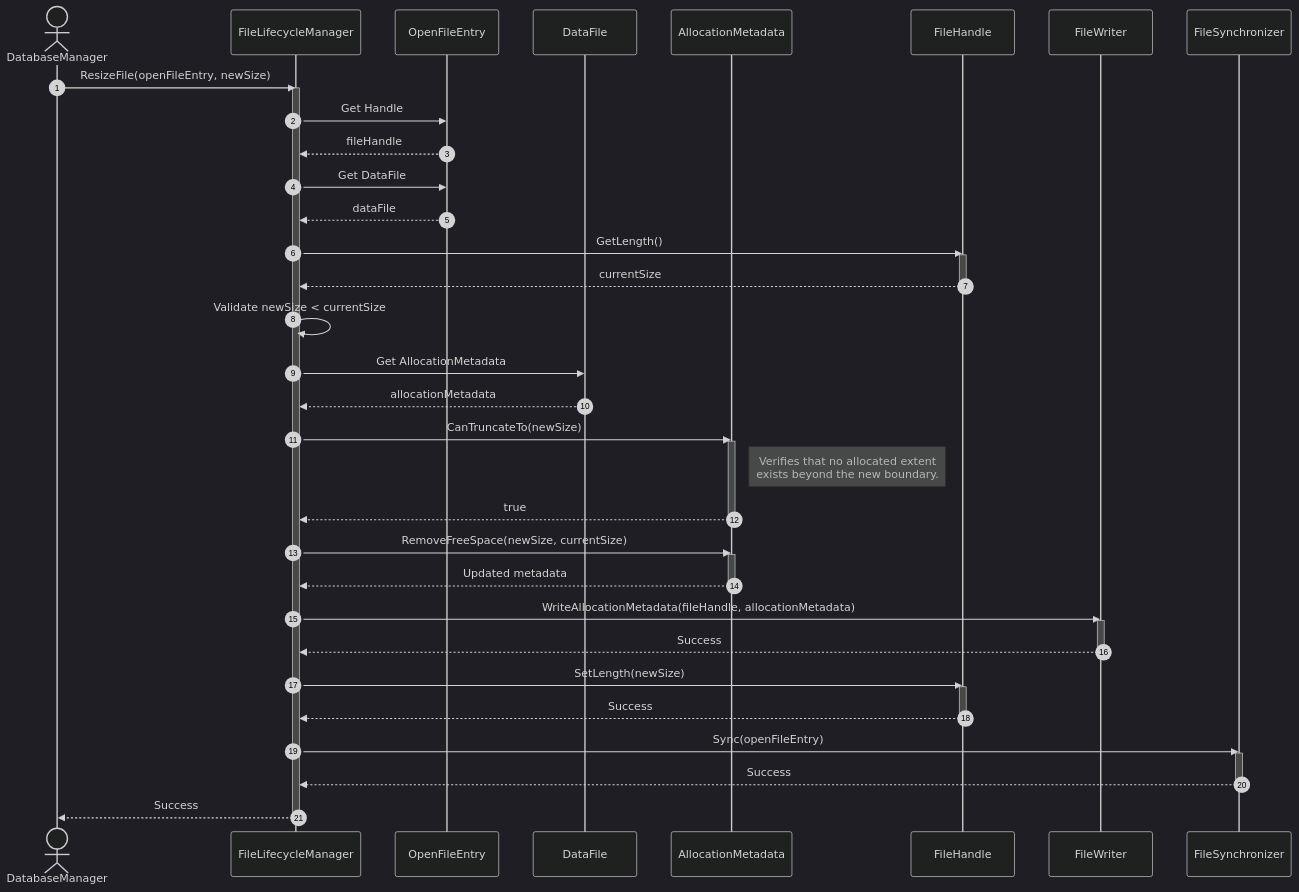
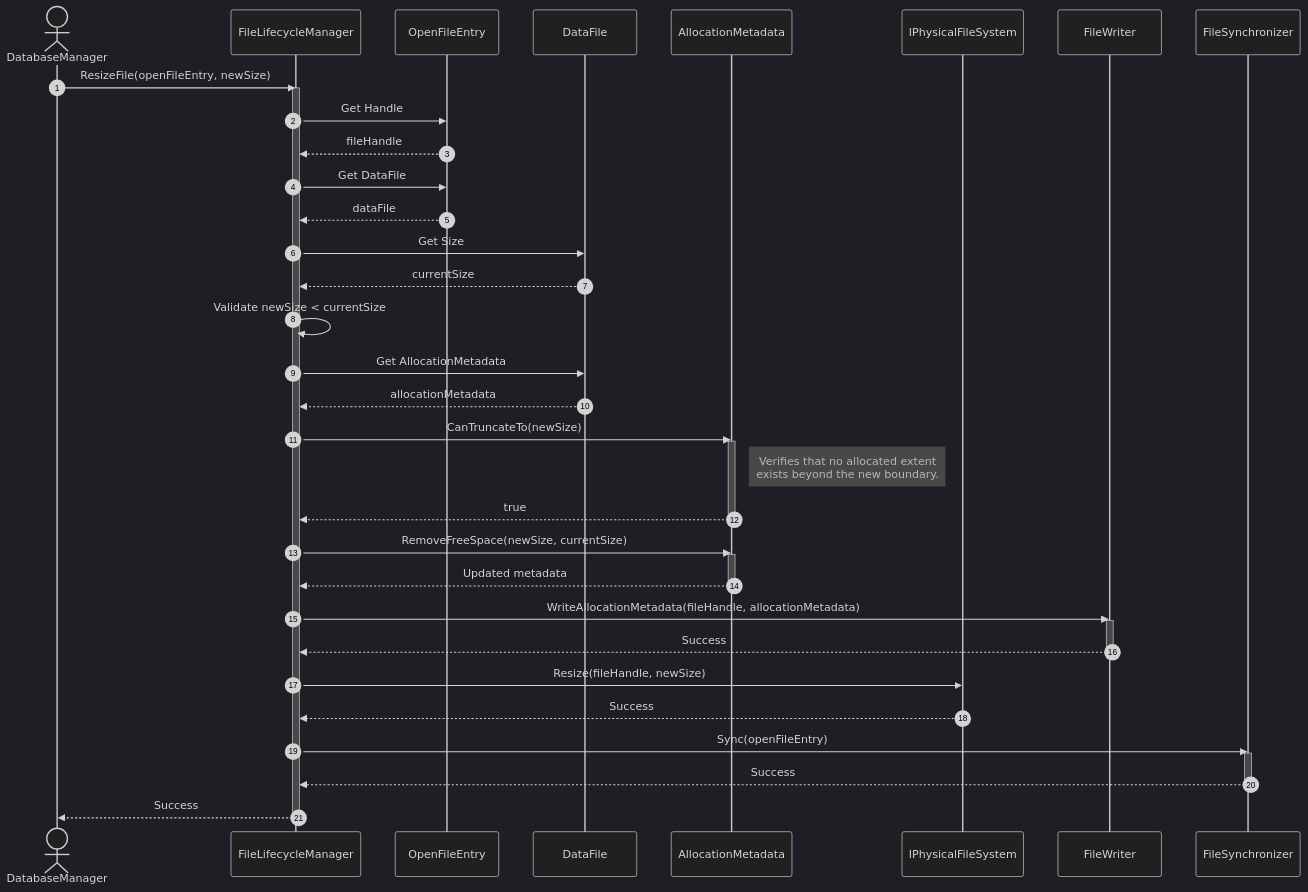
One commit to manaxpow/DBMS changed the second of 5 diagrams in docs/diagrams/sequence-diagrams/storage-engine/file-management/file-lifecycle/resize-file.md. Above: the diagram before and after it, drawn with Mermaid (dark theme). The commit also changed other lines of this file and 54 other files, not shown here.

````diff
--- a/docs/diagrams/sequence-diagrams/storage-engine/file-management/file-lifecycle/resize-file.md
+++ b/docs/diagrams/sequence-diagrams/storage-engine/file-management/file-lifecycle/resize-file.md
@@ -80,61 +76,57 @@
 ```mermaid
 sequenceDiagram
     autonumber
 
     actor DB as DatabaseManager
     participant FLM as FileLifecycleManager
     participant OE as OpenFileEntry
     participant DF as DataFile
     participant AM as AllocationMetadata
-    participant FH as FileHandle
+    participant PFS as IPhysicalFileSystem
     participant FW as FileWriter
     participant FS as FileSynchronizer
 
     DB->>FLM: ResizeFile(openFileEntry, newSize)
     activate FLM
 
     FLM->>OE: Get Handle
     OE-->>FLM: fileHandle
 
     FLM->>OE: Get DataFile
     OE-->>FLM: dataFile
 
-    FLM->>FH: GetLength()
-    activate FH
-    FH-->>FLM: currentSize
-    deactivate FH
+    FLM->>DF: Get Size
+    DF-->>FLM: currentSize
 
     FLM->>FLM: Validate newSize < currentSize
 
     FLM->>DF: Get AllocationMetadata
     DF-->>FLM: allocationMetadata
 
     FLM->>AM: CanTruncateTo(newSize)
     activate AM
     note right of AM: Verifies that no allocated extent<br/>exists beyond the new boundary.
     AM-->>FLM: true
     deactivate AM
 
     FLM->>AM: RemoveFreeSpace(newSize, currentSize)
     activate AM
     AM-->>FLM: Updated metadata
     deactivate AM
 
     FLM->>FW: WriteAllocationMetadata(fileHandle, allocationMetadata)
     activate FW
     FW-->>FLM: Success
     deactivate FW
 
-    FLM->>FH: SetLength(newSize)
-    activate FH
-    FH-->>FLM: Success
-    deactivate FH
+    FLM->>PFS: Resize(fileHandle, newSize)
+    PFS-->>FLM: Success
 
     FLM->>FS: Sync(openFileEntry)
     activate FS
     FS-->>FLM: Success
     deactivate FS
 
     FLM-->>DB: Success
     deactivate FLM
 ```
````
